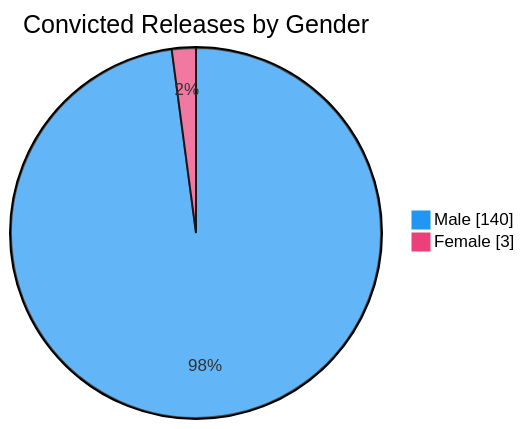
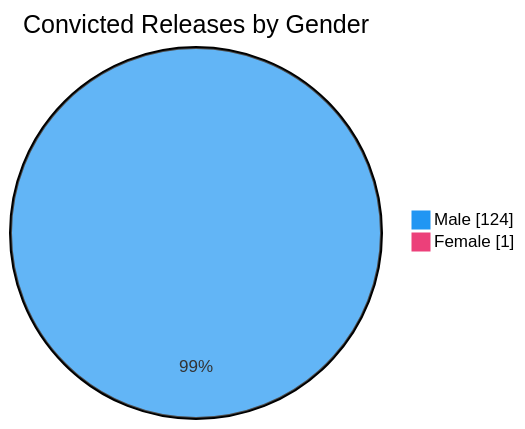
The sixth of 7 diagrams in README.md (nuuuwan/lk_prisons), drawn with Mermaid before and after one commit. The commit also changed other lines of this file and 1 other file, not shown here.

````diff
--- a/README.md
+++ b/README.md
@@ -98,6 +98,6 @@
 ```mermaid
 %%{init: {'themeVariables': {'pie1': '#2196F3', 'pie2': '#EC407A'}}}%%
 pie showData title Convicted Releases by Gender
-    "Male" : 140
-    "Female" : 3
+    "Male" : 124
+    "Female" : 1
 ```
````
